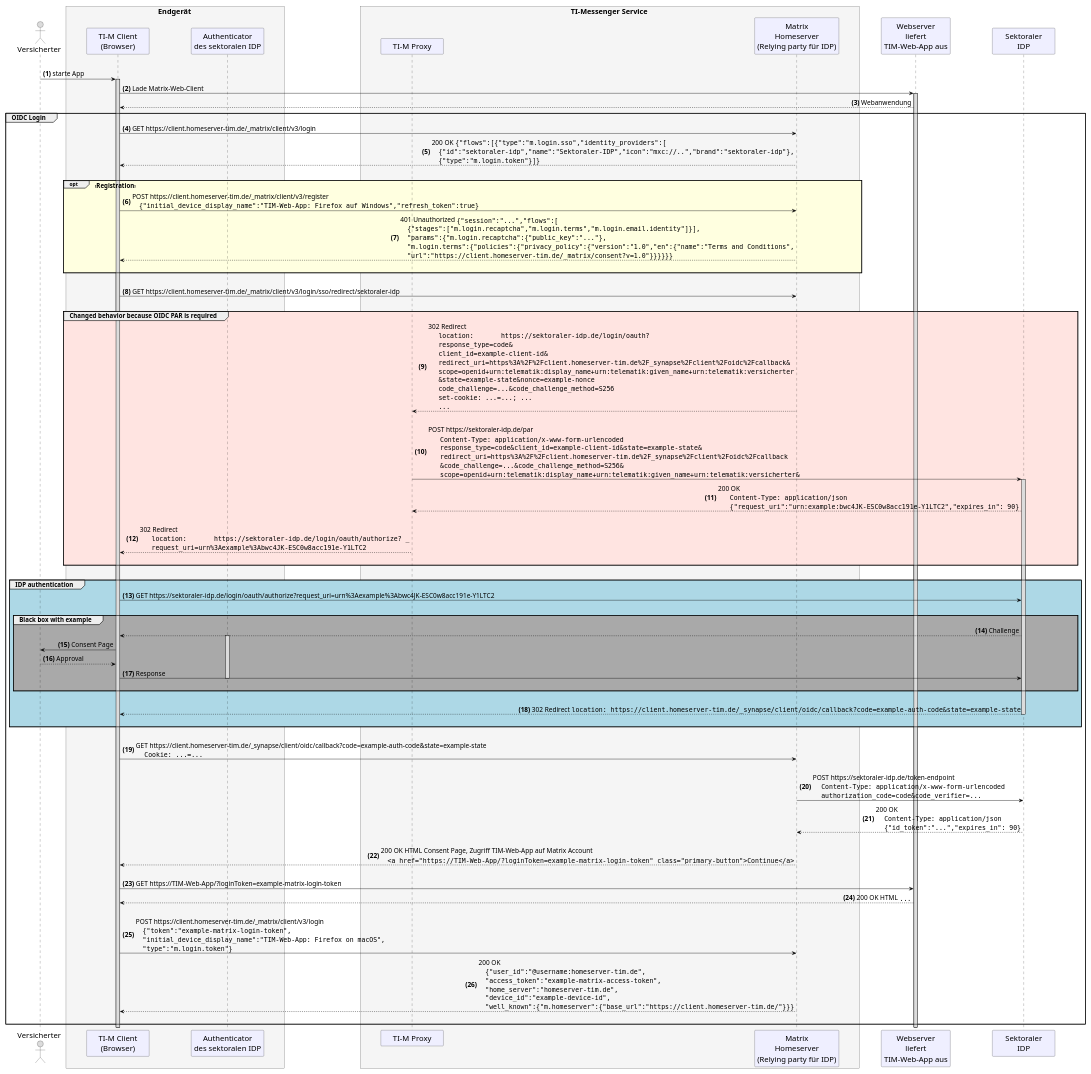
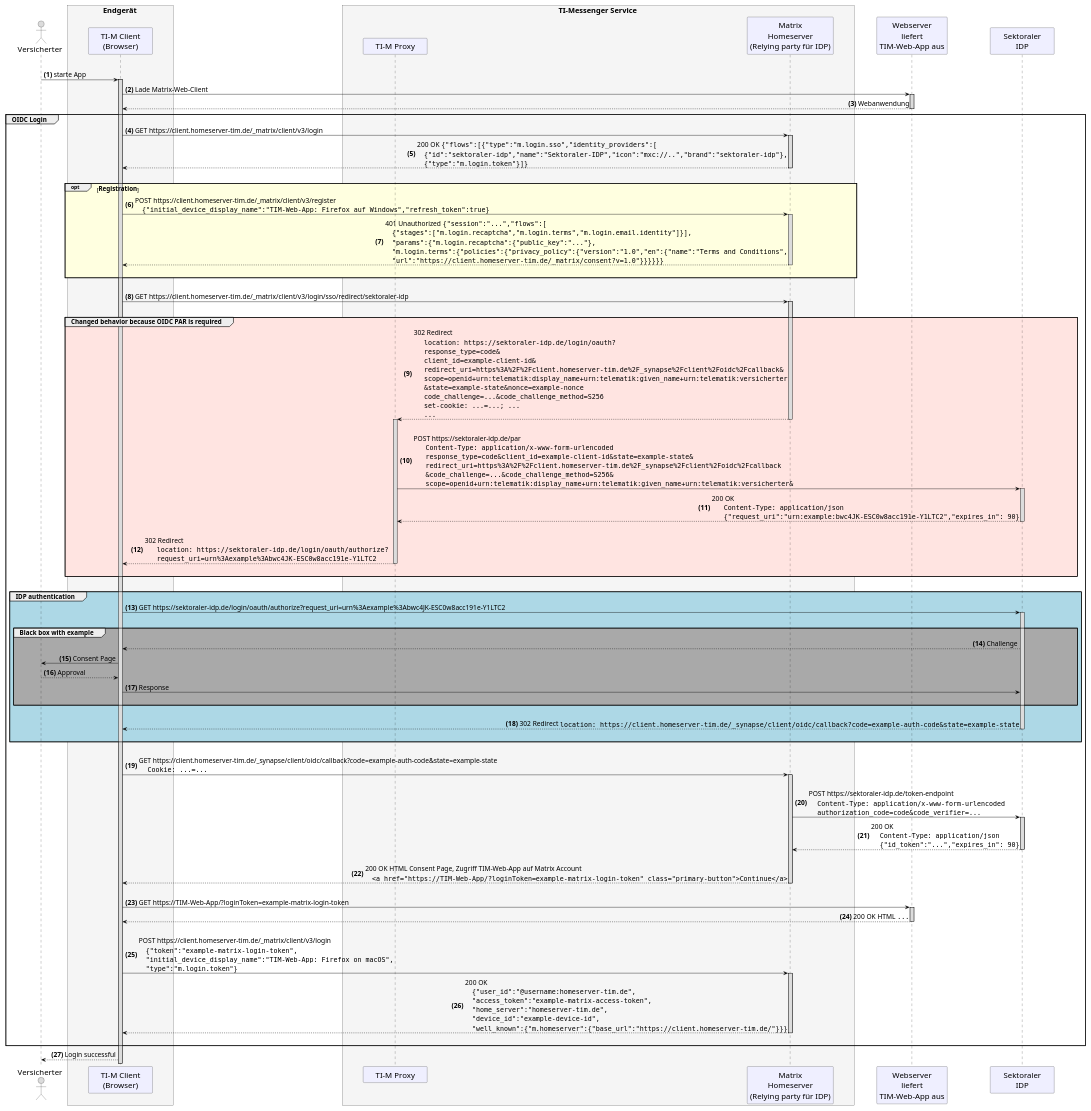
The diagram in src/plantuml/TI-Messenger-Dienst/Ressourcen/TI-Messenger_OIDC_login.puml (gematik/api-ti-messenger), drawn with PlantUML before and after one commit.

Commit message:
added activate / deactivate for objects

```diff
--- a/src/plantuml/TI-Messenger-Dienst/Ressourcen/TI-Messenger_OIDC_login.puml
+++ b/src/plantuml/TI-Messenger-Dienst/Ressourcen/TI-Messenger_OIDC_login.puml
@@ -1,145 +1,144 @@
 @startuml "TI-Messenger_OIDC_Login"
 skinparam sequenceMessageAlign direction
 skinparam WrapWidth 300
 skinparam minClassWidth 150
 skinparam BoxPadding 1
 skinparam ParticipantPadding 50
 skinparam sequenceReferenceHeaderBackgroundColor palegreen
 scale max 2048 width
 
 skinparam sequence {
 ArrowColor black
 ArrowFontSize 17
 ActorBorderColor black
 LifeLineBorderColor black
 LifeLineBackgroundColor Gainsboro
 
 ParticipantBorderColor Motivation
 ParticipantBackgroundColor Motivation
 ParticipantFontSize 20
 ParticipantFontColor black
 ParticipantBorderColor Black
 ParticipantBackgroundColor MOTIVATION
 
 ActorBackgroundColor Gainsboro
 ActorFontColor black
 ActorFontSize 20
 }
 
 autonumber "<b>(0)"
 
 actor us as "Versicherter"
 box <size:19>Endgerät</size> #WhiteSmoke
   participant app as "TI-M Client\n(Browser)"
-  participant au as "Authenticator\ndes sektoralen IDP"
 end box
 box <size:19>TI-Messenger Service</size> #WhiteSmoke
   participant pr as "TI-M Proxy"
   participant hs as "Matrix\nHomeserver\n(Relying party für IDP)"
 end box
 participant mc as "Webserver\nliefert\nTIM-Web-App aus"
 participant idp as "Sektoraler\nIDP"
 
 |||
 
 us -> app: starte App
 
 activate app
   app -> mc: Lade Matrix-Web-Client
   activate mc
-  mc --> app: Webanwendung
+  mc --> app --: Webanwendung
   group <size:16>OIDC Login</size>
-    app -> hs: GET https://client.homeserver-tim.de/_matrix/client/v3/login
-    hs --> app: 200 OK ""{"flows":[{"type":"m.login.sso","identity_providers":[""\n\
+    app -> hs ++: GET https://client.homeserver-tim.de/_matrix/client/v3/login
+    hs --> app --: 200 OK ""{"flows":[{"type":"m.login.sso","identity_providers":[""\n\
     ""{"id":"sektoraler-idp","name":"Sektoraler-IDP","icon":"mxc://..","brand":"sektoraler-idp"},""\n\
     ""{"type":"m.login.token"}]}""
     |||
     opt #LightYellow <size:16>Registration</size>
-    app -> hs: POST https://client.homeserver-tim.de/_matrix/client/v3/register\n\
+    app -> hs ++: POST https://client.homeserver-tim.de/_matrix/client/v3/register\n\
     ""{"initial_device_display_name":"TIM-Web-App: Firefox auf Windows","refresh_token":true}""
-    hs --> app: 401 Unauthorized ""{"session":"...","flows":[""\n\
+    hs --> app --: 401 Unauthorized ""{"session":"...","flows":[""\n\
     ""{"stages":["m.login.recaptcha","m.login.terms","m.login.email.identity"]}],""\n\
     """params":{"m.login.recaptcha":{"public_key":"..."},""\n\
     """m.login.terms":{"policies":{"privacy_policy":{"version":"1.0","en":{"name":"Terms and Conditions",""\n\
     """url":"https://client.homeserver-tim.de/_matrix/consent?v=1.0"}}}}}}""
     |||
     end 'opt
     |||
-    app -> hs: GET https://client.homeserver-tim.de/_matrix/client/v3/login/sso/redirect/sektoraler-idp
+    app -> hs++: GET https://client.homeserver-tim.de/_matrix/client/v3/login/sso/redirect/sektoraler-idp
     |||
     group #MistyRose <size:16>Changed behavior because OIDC PAR is required</size>
-      hs --> pr: 302 Redirect\n\
-      ""location:	https://sektoraler-idp.de/login/oauth?""\n\
+      hs --> pr --++: 302 Redirect\n\
+      ""location: https://sektoraler-idp.de/login/oauth?""\n\
       ""response_type=code&""\n\
       ""client_id=example-client-id&""\n\
       ""redirect_uri=https%3A%2F%2Fclient.homeserver-tim.de%2F_synapse%2Fclient%2Foidc%2Fcallback&""\n\
       ""scope=openid+urn:telematik:display_name+urn:telematik:given_name+urn:telematik:versicherter""\n\
       ""&state=example-state&nonce=example-nonce""\n\
       ""code_challenge=...&code_challenge_method=S256""\n\
       ""set-cookie: ...=...; ...""\n\
       ""...""
+     
       |||
-      pr -> idp: POST https://sektoraler-idp.de/par\n\
+      pr -> idp ++: POST https://sektoraler-idp.de/par\n\
        ""Content-Type: application/x-www-form-urlencoded""\n\
        ""response_type=code&client_id=example-client-id&state=example-state&""\n\
        ""redirect_uri=https%3A%2F%2Fclient.homeserver-tim.de%2F_synapse%2Fclient%2Foidc%2Fcallback""\n\
        ""&code_challenge=...&code_challenge_method=S256&""\n\
        ""scope=openid+urn:telematik:display_name+urn:telematik:given_name+urn:telematik:versicherter&""
-      activate idp
-      idp --> pr: 200 OK\n\
+
+      idp --> pr --: 200 OK\n\
        ""Content-Type: application/json""\n\
        ""{"request_uri":"urn:example:bwc4JK-ESC0w8acc191e-Y1LTC2","expires_in": 90}""
       |||
-      pr --> app: 302 Redirect\n\
-       ""location:	https://sektoraler-idp.de/login/oauth/authorize? _""\n\
+      pr --> app --: 302 Redirect\n\
+       ""location: https://sektoraler-idp.de/login/oauth/authorize? ""\n\
        ""request_uri=urn%3Aexample%3Abwc4JK-ESC0w8acc191e-Y1LTC2""
       |||
     end 'group
     |||
     group #LightBlue <size:16>IDP authentication</size>
-      app -> idp: GET	https://sektoraler-idp.de/login/oauth/authorize?request_uri=urn%3Aexample%3Abwc4JK-ESC0w8acc191e-Y1LTC2
+      app -> idp ++: GET	https://sektoraler-idp.de/login/oauth/authorize?request_uri=urn%3Aexample%3Abwc4JK-ESC0w8acc191e-Y1LTC2
       |||
       group #DarkGray <size:16>Black box with example</size>
         idp --> app: Challenge
-        activate au
         app -> us: Consent Page
         us --> app: Approval
         app -> idp: Response
-      deactivate au
+
       |||
       end 'group
       |||
-      idp --> app: 302 Redirect ""location: https://client.homeserver-tim.de/_synapse/client/oidc/callback?code=example-auth-code&state=example-state""
-      deactivate idp
+      idp --> app --: 302 Redirect ""location: https://client.homeserver-tim.de/_synapse/client/oidc/callback?code=example-auth-code&state=example-state""
       |||
     end 'group
     |||
-    app -> hs: GET https://client.homeserver-tim.de/_synapse/client/oidc/callback?code=example-auth-code&state=example-state\n\
+    app -> hs ++: GET https://client.homeserver-tim.de/_synapse/client/oidc/callback?code=example-auth-code&state=example-state\n\
      ""Cookie: ...=...""
     |||
-    hs -> idp: POST https://sektoraler-idp.de/token-endpoint\n\
+    hs -> idp ++: POST https://sektoraler-idp.de/token-endpoint\n\
      ""Content-Type: application/x-www-form-urlencoded""\n\
      ""authorization_code=code&code_verifier=...""
-    idp --> hs: 200 OK\n\
+    idp --> hs --: 200 OK\n\
      ""Content-Type: application/json""\n\
      ""{"id_token":"...","expires_in": 90}""
     |||
-    hs --> app: 200 OK HTML Consent Page, Zugriff TIM-Web-App auf Matrix Account\n\
+    hs --> app --: 200 OK HTML Consent Page, Zugriff TIM-Web-App auf Matrix Account\n\
     ""<a href="https://TIM-Web-App/?loginToken=example-matrix-login-token" class="primary-button">Continue</a>""
     |||
-    app -> mc: GET https://TIM-Web-App/?loginToken=example-matrix-login-token
-    mc --> app: 200 OK HTML ""...""
+    app -> mc ++: GET https://TIM-Web-App/?loginToken=example-matrix-login-token
+    mc --> app--: 200 OK HTML ""...""
     |||
-    app -> hs: POST https://client.homeserver-tim.de/_matrix/client/v3/login\n\
+    app -> hs ++: POST https://client.homeserver-tim.de/_matrix/client/v3/login\n\
     ""{"token":"example-matrix-login-token",""\n\
     """initial_device_display_name":"TIM-Web-App: Firefox on macOS",""\n\
     """type":"m.login.token"}""
-    hs --> app: 200 OK\n\
+    hs --> app --: 200 OK\n\
     ""{"user_id":"@username:homeserver-tim.de",""\n\
     """access_token":"example-matrix-access-token",""\n\
     """home_server":"homeserver-tim.de",""\n\
     """device_id":"example-device-id",""\n\
     """well_known":{"m.homeserver":{"base_url":"https://client.homeserver-tim.de/"}}}""
     |||
   end 'group
+  app --> us: Login successful
 @enduml
```
